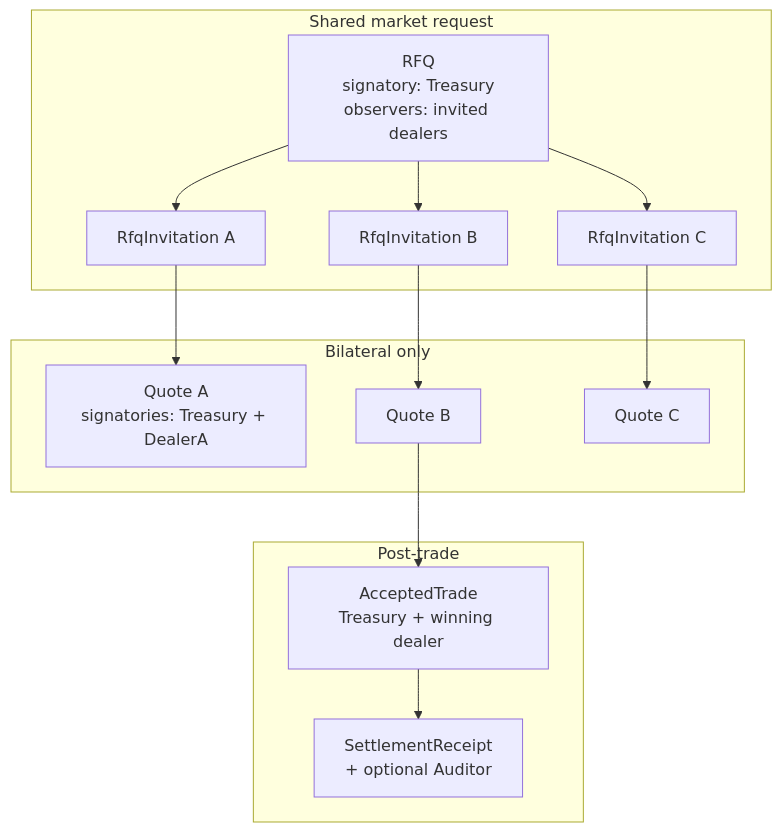
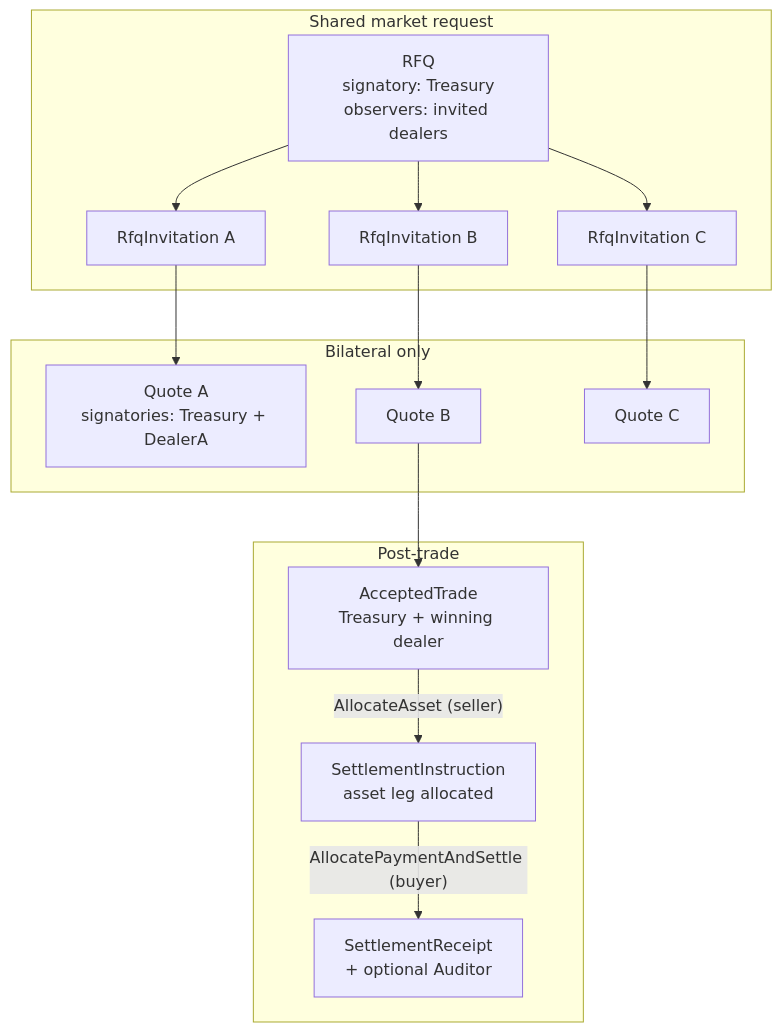
The third of 3 diagrams in README.md (spyderboy92/hackcanton-season-3-treasury-sell), drawn with Mermaid before and after one commit. The commit also changed other lines of this file, not shown here.

````diff
--- a/README.md
+++ b/README.md
@@ -80,26 +80,28 @@
 ```mermaid
 flowchart TB
   subgraph shared [Shared market request]
     RFQ["RFQ\nsignatory: Treasury\nobservers: invited dealers"]
     InvA["RfqInvitation A"]
     InvB["RfqInvitation B"]
     InvC["RfqInvitation C"]
     RFQ --> InvA
     RFQ --> InvB
     RFQ --> InvC
   end
   subgraph bilateral [Bilateral only]
     QA["Quote A\nsignatories: Treasury + DealerA"]
     QB["Quote B"]
     QC["Quote C"]
     InvA --> QA
     InvB --> QB
     InvC --> QC
   end
   subgraph postTrade [Post-trade]
     Trade["AcceptedTrade\nTreasury + winning dealer"]
+    Instr["SettlementInstruction\nasset leg allocated"]
     Receipt["SettlementReceipt\n+ optional Auditor"]
     QB --> Trade
-    Trade --> Receipt
+    Trade -->|"AllocateAsset (seller)"| Instr
+    Instr -->|"AllocatePaymentAndSettle (buyer)"| Receipt
   end
 ```
````
